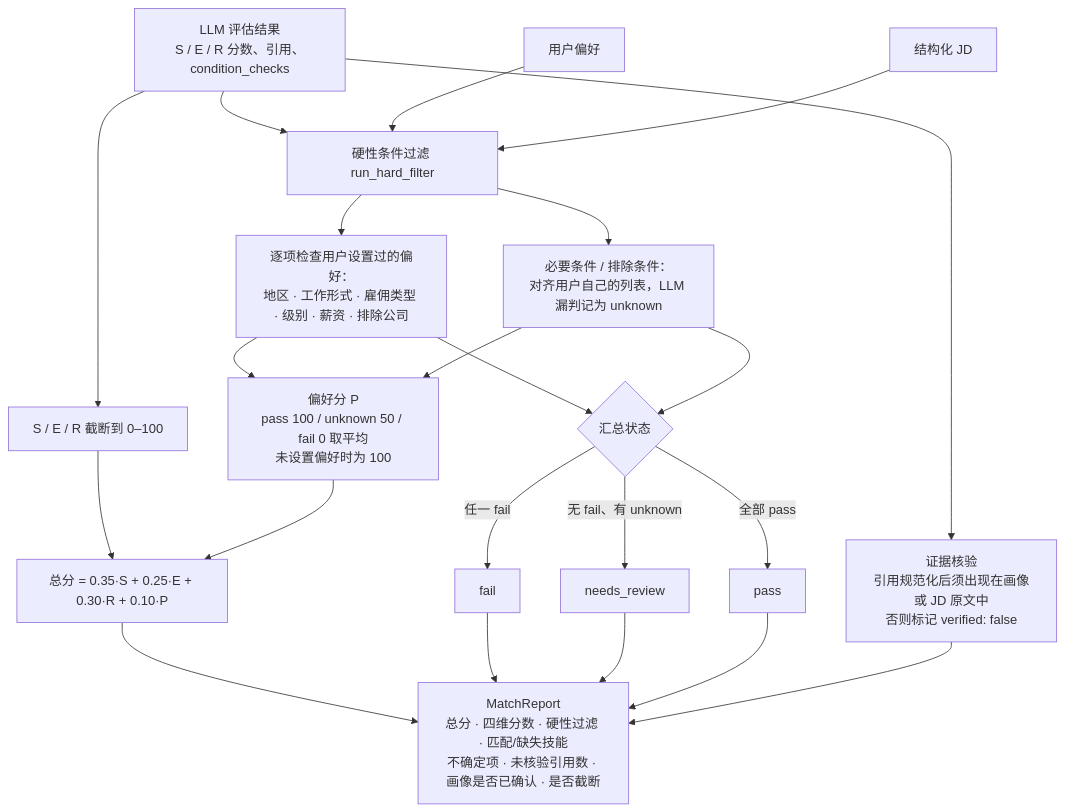
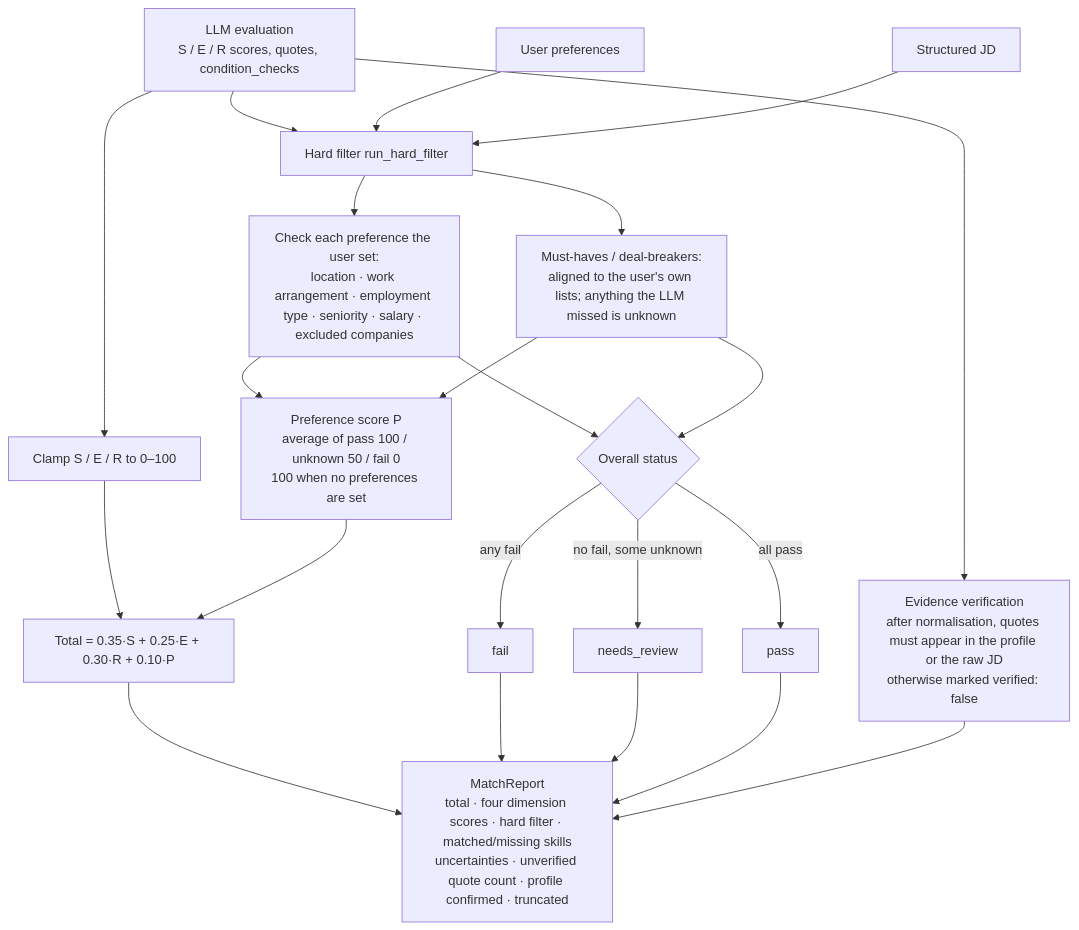
One commit to TuringChicken/JobPilot changed the sixth of 7 diagrams in docs/BACKEND.md. Above: the diagram before and after it, drawn with Mermaid. The commit also changed other lines of this file and 3 other files, not shown here.

````diff
--- a/docs/BACKEND.md
+++ b/docs/BACKEND.md
@@ -186,28 +186,28 @@
 ```mermaid
 flowchart TD
-    E["LLM 评估结果<br/>S / E / R 分数、引用、condition_checks"] --> HF
-    P["用户偏好"] --> HF
-    J["结构化 JD"] --> HF
+    E["LLM evaluation<br/>S / E / R scores, quotes, condition_checks"] --> HF
+    P["User preferences"] --> HF
+    J["Structured JD"] --> HF
 
-    HF["硬性条件过滤 run_hard_filter"] --> HF1["逐项检查用户设置过的偏好：<br/>地区 · 工作形式 · 雇佣类型 · 级别 · 薪资 · 排除公司"]
-    HF --> HF2["必要条件 / 排除条件：<br/>对齐用户自己的列表，LLM 漏判记为 unknown"]
-    HF1 --> ST{"汇总状态"}
+    HF["Hard filter run_hard_filter"] --> HF1["Check each preference the user set:<br/>location · work arrangement · employment type · seniority · salary · excluded companies"]
+    HF --> HF2["Must-haves / deal-breakers:<br/>aligned to the user's own lists; anything the LLM missed is unknown"]
+    HF1 --> ST{"Overall status"}
     HF2 --> ST
-    ST -->|"任一 fail"| S1["fail"]
-    ST -->|"无 fail、有 unknown"| S2["needs_review"]
-    ST -->|"全部 pass"| S3["pass"]
+    ST -->|"any fail"| S1["fail"]
+    ST -->|"no fail, some unknown"| S2["needs_review"]
+    ST -->|"all pass"| S3["pass"]
 
-    HF1 --> PS["偏好分 P<br/>pass 100 / unknown 50 / fail 0 取平均<br/>未设置偏好时为 100"]
+    HF1 --> PS["Preference score P<br/>average of pass 100 / unknown 50 / fail 0<br/>100 when no preferences are set"]
     HF2 --> PS
 
-    E --> CL["S / E / R 截断到 0–100"]
-    E --> VF["证据核验<br/>引用规范化后须出现在画像或 JD 原文中<br/>否则标记 verified: false"]
+    E --> CL["Clamp S / E / R to 0–100"]
+    E --> VF["Evidence verification<br/>after normalisation, quotes must appear in the profile or the raw JD<br/>otherwise marked verified: false"]
 
-    CL --> T["总分 = 0.35·S + 0.25·E + 0.30·R + 0.10·P"]
+    CL --> T["Total = 0.35·S + 0.25·E + 0.30·R + 0.10·P"]
     PS --> T
-    T --> RP["MatchReport<br/>总分 · 四维分数 · 硬性过滤 · 匹配/缺失技能<br/>不确定项 · 未核验引用数 · 画像是否已确认 · 是否截断"]
+    T --> RP["MatchReport<br/>total · four dimension scores · hard filter · matched/missing skills<br/>uncertainties · unverified quote count · profile confirmed · truncated"]
     S1 --> RP
     S2 --> RP
     S3 --> RP
     VF --> RP
 ```
````
